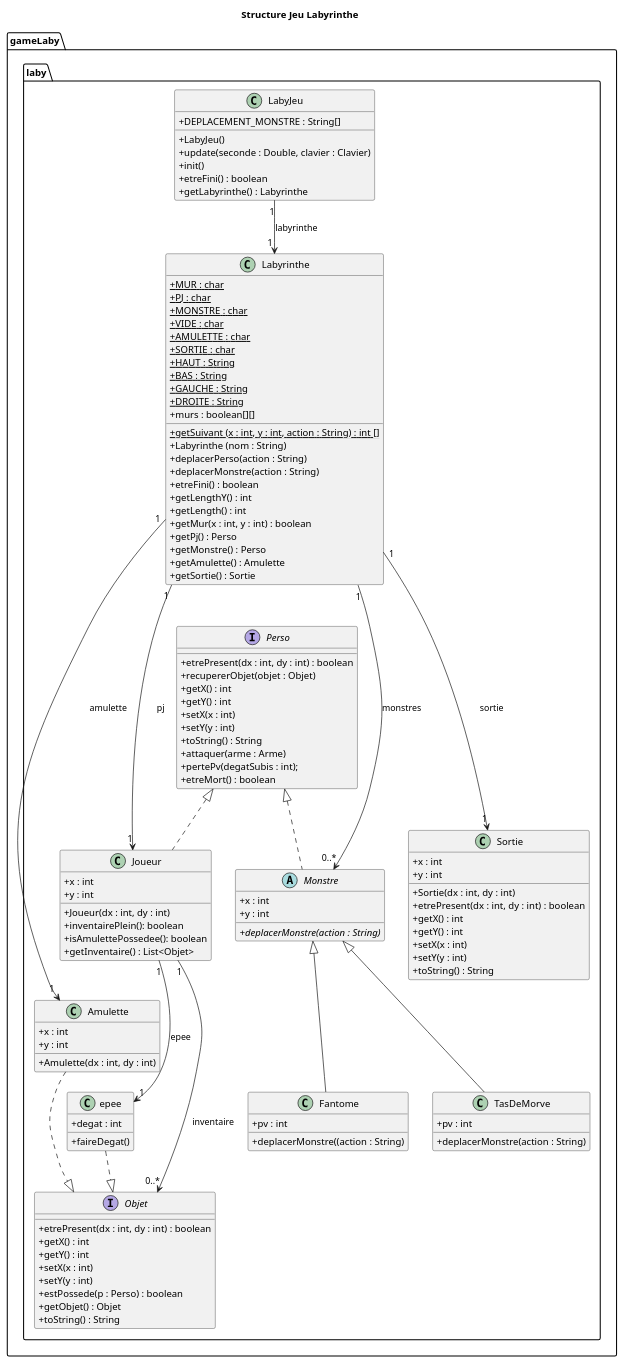
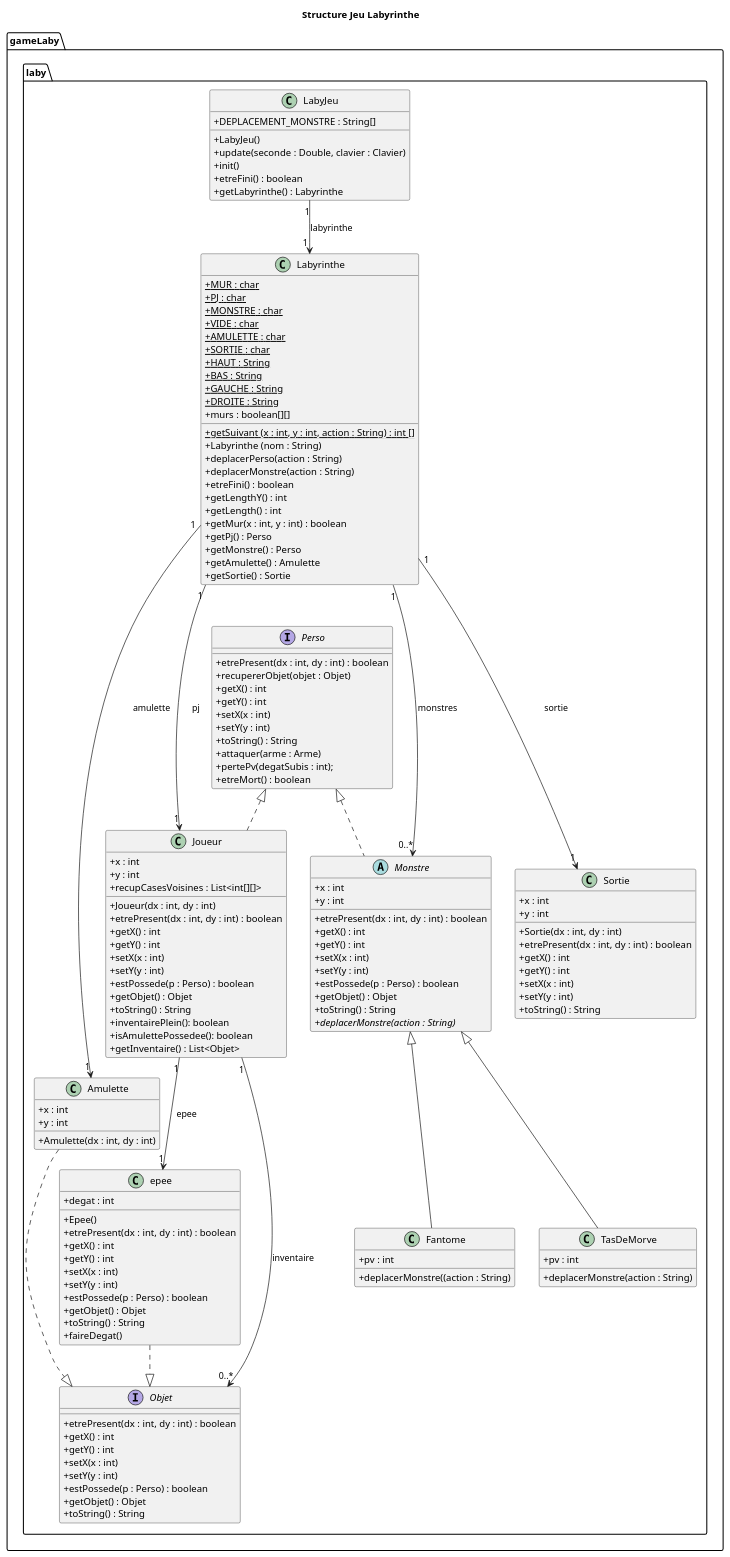
One commit to TanguyFox/2022_Zeldiablo_renard136u_seiler33u_serrier26u_arcelin1u changed the diagram in documents/version_4/diagrammeClasseV4.puml. Above: the diagram before and after it, drawn with PlantUML. The commit also changed 2 other files, not shown here.

Commit message:
diag sequences nouvelles methodes joueur

```diff
--- a/documents/version_4/diagrammeClasseV4.puml
+++ b/documents/version_4/diagrammeClasseV4.puml
@@ -1,139 +1,166 @@
 @startuml
 'https://plantuml.com/class-diagram
 
 title Structure Jeu Labyrinthe
 
 
 package gameLaby.laby{
 skinparam classAttributeIconSize 0
 class Labyrinthe{
 + {static} MUR : char
 + {static} PJ : char
 + {static} MONSTRE : char
 + {static} VIDE : char
 + {static} AMULETTE : char
 + {static} SORTIE : char
 + {static} HAUT : String
 + {static} BAS : String
 + {static} GAUCHE : String
 + {static} DROITE : String
 + murs : boolean[][]
 + {static} getSuivant (x : int, y : int, action : String) : int []
 + Labyrinthe (nom : String)
 + deplacerPerso(action : String)
 + deplacerMonstre(action : String)
 + etreFini() : boolean
 + getLengthY() : int
 + getLength() : int
 + getMur(x : int, y : int) : boolean
 + getPj() : Perso
 + getMonstre() : Perso
 + getAmulette() : Amulette
 + getSortie() : Sortie
 }
 
 class LabyJeu{
 +DEPLACEMENT_MONSTRE : String[]
 +LabyJeu()
 +update(seconde : Double, clavier : Clavier)
 +init()
 +etreFini() : boolean
 +getLabyrinthe() : Labyrinthe
 }
 
 
 interface Perso{
 + etrePresent(dx : int, dy : int) : boolean
 + recupererObjet(objet : Objet)
 + getX() : int
 + getY() : int
 + setX(x : int)
 + setY(y : int)
 + toString() : String
 + attaquer(arme : Arme)
 + pertePv(degatSubis : int);
 + etreMort() : boolean
 }
 
 class Amulette{
 + x : int
 + y : int
 + Amulette(dx : int, dy : int)
 }
 
 interface Objet{
 + etrePresent(dx : int, dy : int) : boolean
 + getX() : int
 + getY() : int
 + setX(x : int)
 + setY(y : int)
 + estPossede(p : Perso) : boolean
 + getObjet() : Objet
 + toString() : String
 }
 
 class Sortie{
 + x : int
 + y : int
 + Sortie(dx : int, dy : int)
 + etrePresent(dx : int, dy : int) : boolean
 + getX() : int
 + getY() : int
 + setX(x : int)
 + setY(y : int)
 + toString() : String
 }
 class Joueur{
 + x : int
 + y : int
 + Joueur(dx : int, dy : int)
++ etrePresent(dx : int, dy : int) : boolean
++ getX() : int
++ getY() : int
++ setX(x : int)
++ setY(y : int)
++ estPossede(p : Perso) : boolean
++ getObjet() : Objet
++ toString() : String
 + inventairePlein(): boolean
 + isAmulettePossedee(): boolean
 + getInventaire() : List<Objet>
++ recupCasesVoisines : List<int[][]>
 }
 
 abstract Monstre{
 + x : int
 + y : int
++ etrePresent(dx : int, dy : int) : boolean
++ getX() : int
++ getY() : int
++ setX(x : int)
++ setY(y : int)
++ estPossede(p : Perso) : boolean
++ getObjet() : Objet
++ toString() : String
 + {abstract} deplacerMonstre(action : String)
 
 }
 class TasDeMorve{
 + pv : int
 + deplacerMonstre(action : String)
 }
 
 class Fantome{
 + pv : int
 + deplacerMonstre((action : String)
 }
 
 class epee{
 + degat : int
++ Epee()
++ etrePresent(dx : int, dy : int) : boolean
++ getX() : int
++ getY() : int
++ setX(x : int)
++ setY(y : int)
++ estPossede(p : Perso) : boolean
++ getObjet() : Objet
++ toString() : String
 + faireDegat()
+
 }
 }
 
 
 
 
 LabyJeu "1" --> "1 " Labyrinthe : labyrinthe
 Labyrinthe "1" ---> "1" Joueur : pj
 Labyrinthe "1" ---> "1" Sortie : sortie
 Labyrinthe "1" ---> "1" Amulette : amulette
 Labyrinthe "1" ---> "0..*" Monstre : monstres
 Amulette  ..|>  Objet
 Joueur "1"--> "0..*"Objet : inventaire
 Perso  <|..  Joueur
 
 Perso  <|..  Monstre
 Monstre <|-- TasDeMorve
 Monstre <|-- Fantome
 epee ..|> Objet
 Joueur "1" --> "1" epee : "epee"
 
 
 
 
 
 @enduml
```
